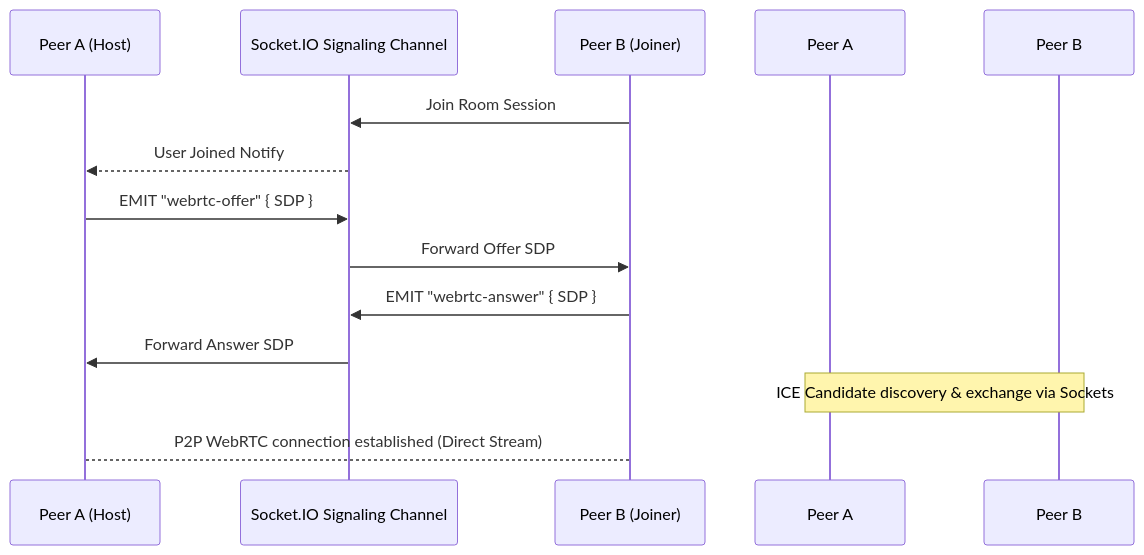
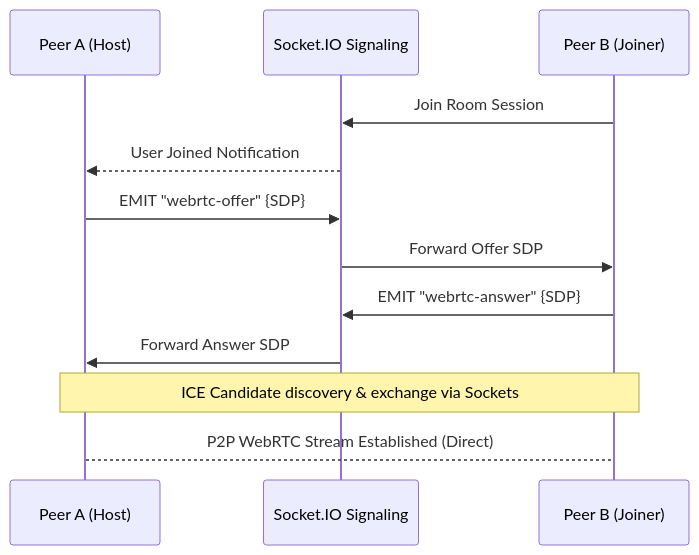
One commit to Pratyush2240/CodeCall changed the fifth of 7 diagrams in ARCHITECTURE.md. Above: the diagram before and after it, drawn with Mermaid. The commit also changed other lines of this file and 1 other file, not shown here.

Commit message:
docs: Update README and ARCHITECTURE with latest features and professional structure

````diff
--- a/ARCHITECTURE.md
+++ b/ARCHITECTURE.md
@@ -194,15 +301,15 @@
 ```mermaid
 sequenceDiagram
-    participant Peer A (Host)
-    participant Socket.IO Signaling Channel
-    participant Peer B (Joiner)
+    participant A as Peer A (Host)
+    participant S as Socket.IO Signaling
+    participant B as Peer B (Joiner)
 
-    Peer B (Joiner)->>Socket.IO Signaling Channel: Join Room Session
-    Socket.IO Signaling Channel-->>Peer A (Host): User Joined Notify
-    Peer A (Host)->>Socket.IO Signaling Channel: EMIT "webrtc-offer" { SDP }
-    Socket.IO Signaling Channel->>Peer B (Joiner): Forward Offer SDP
-    Peer B (Joiner)->>Socket.IO Signaling Channel: EMIT "webrtc-answer" { SDP }
-    Socket.IO Signaling Channel->>Peer A (Host): Forward Answer SDP
-    Note over Peer A, Peer B: ICE Candidate discovery & exchange via Sockets
-    Peer A (Host)-->Peer B (Joiner): P2P WebRTC connection established (Direct Stream)
+    B->>S: Join Room Session
+    S-->>A: User Joined Notification
+    A->>S: EMIT "webrtc-offer" {SDP}
+    S->>B: Forward Offer SDP
+    B->>S: EMIT "webrtc-answer" {SDP}
+    S->>A: Forward Answer SDP
+    Note over A,B: ICE Candidate discovery & exchange via Sockets
+    A-->B: P2P WebRTC Stream Established (Direct)
 ```
````
